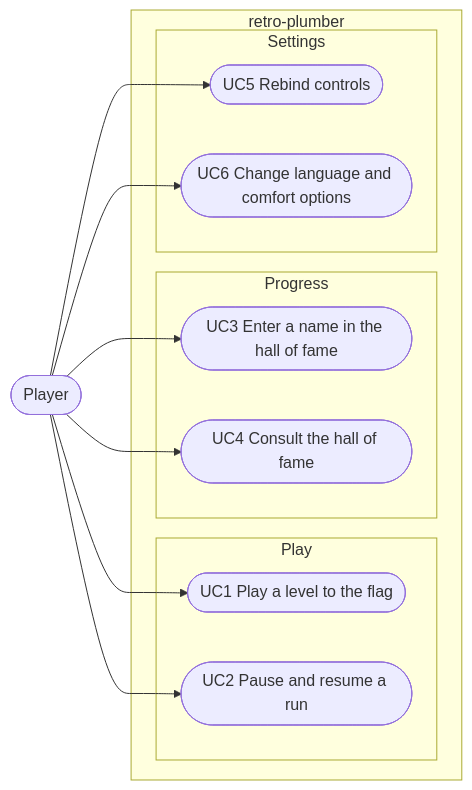
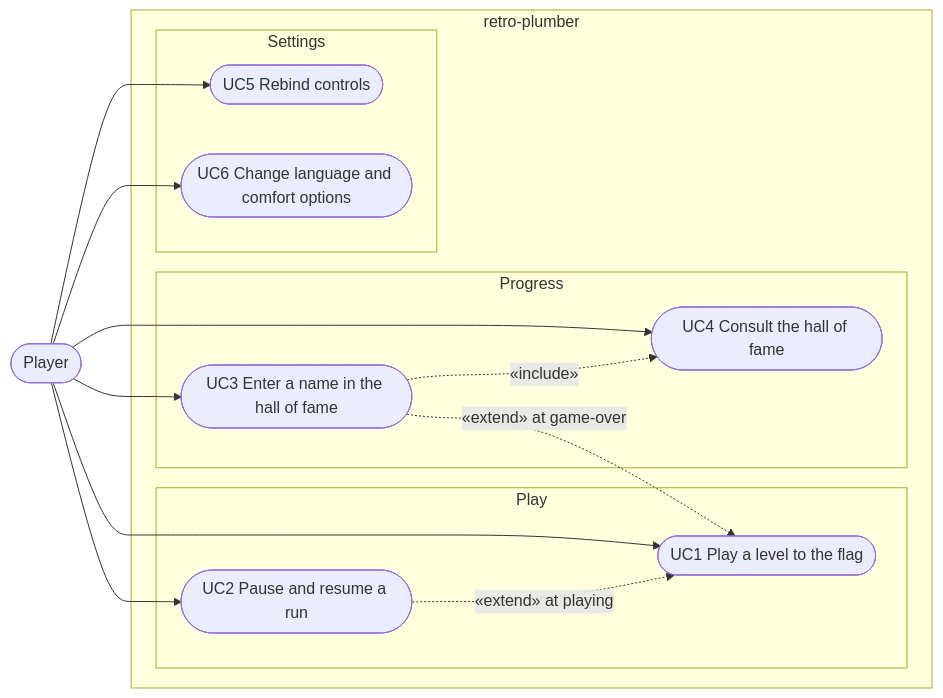
One commit to benoit-bremaud/retro-plumber changed the diagram in docs/architecture/diagrams/system/01-use-case.md. Above: the diagram before and after it, drawn with Mermaid. The commit also changed 12 other files, not shown here.

First line of the commit message:
docs(uml): use-case specifications and traceability matrix (#16)

````diff
--- a/docs/architecture/diagrams/system/01-use-case.md
+++ b/docs/architecture/diagrams/system/01-use-case.md
@@ -13,24 +13,27 @@
 ```mermaid
 flowchart LR
     Player(["Player"])
     subgraph System["retro-plumber"]
         subgraph Play
             UC1(["UC1 Play a level to the flag"])
             UC2(["UC2 Pause and resume a run"])
         end
         subgraph Progress
             UC3(["UC3 Enter a name in the hall of fame"])
             UC4(["UC4 Consult the hall of fame"])
         end
         subgraph Settings
             UC5(["UC5 Rebind controls"])
             UC6(["UC6 Change language and comfort options"])
         end
     end
     Player --> UC1
     Player --> UC2
     Player --> UC3
     Player --> UC4
     Player --> UC5
     Player --> UC6
+    UC2 -.->|"«extend» at playing"| UC1
+    UC3 -.->|"«extend» at game-over"| UC1
+    UC3 -.->|"«include»"| UC4
 ```
````
